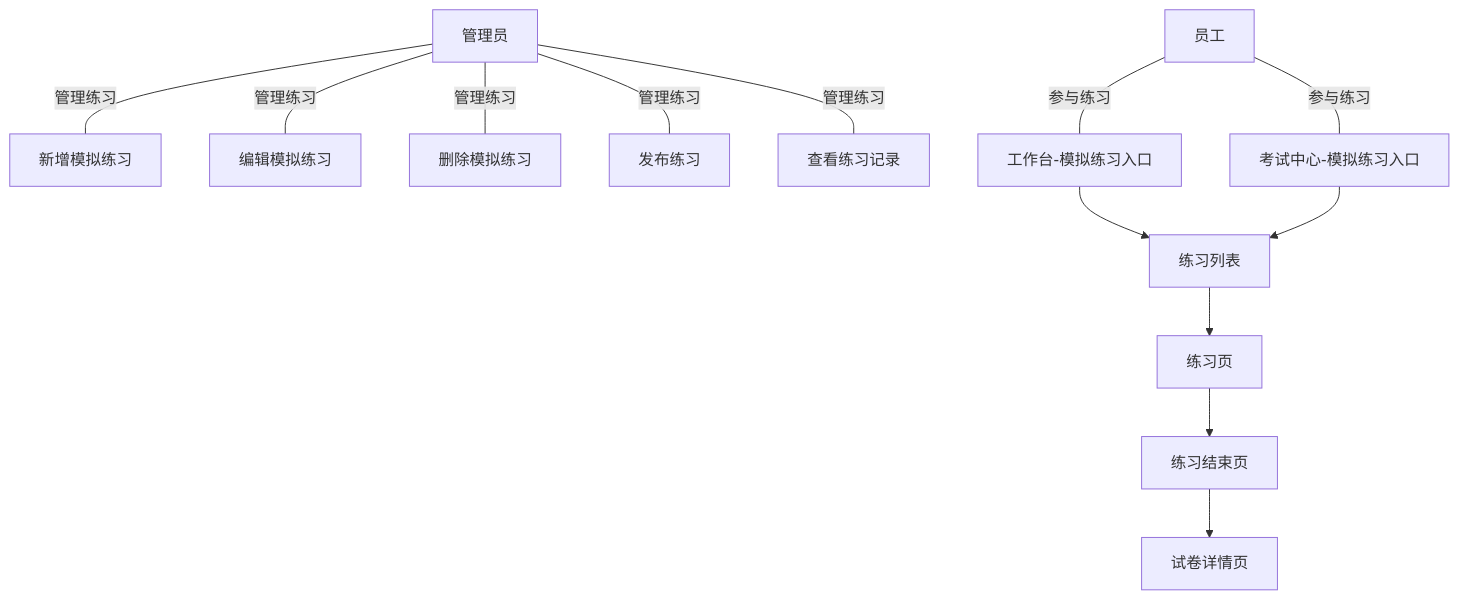
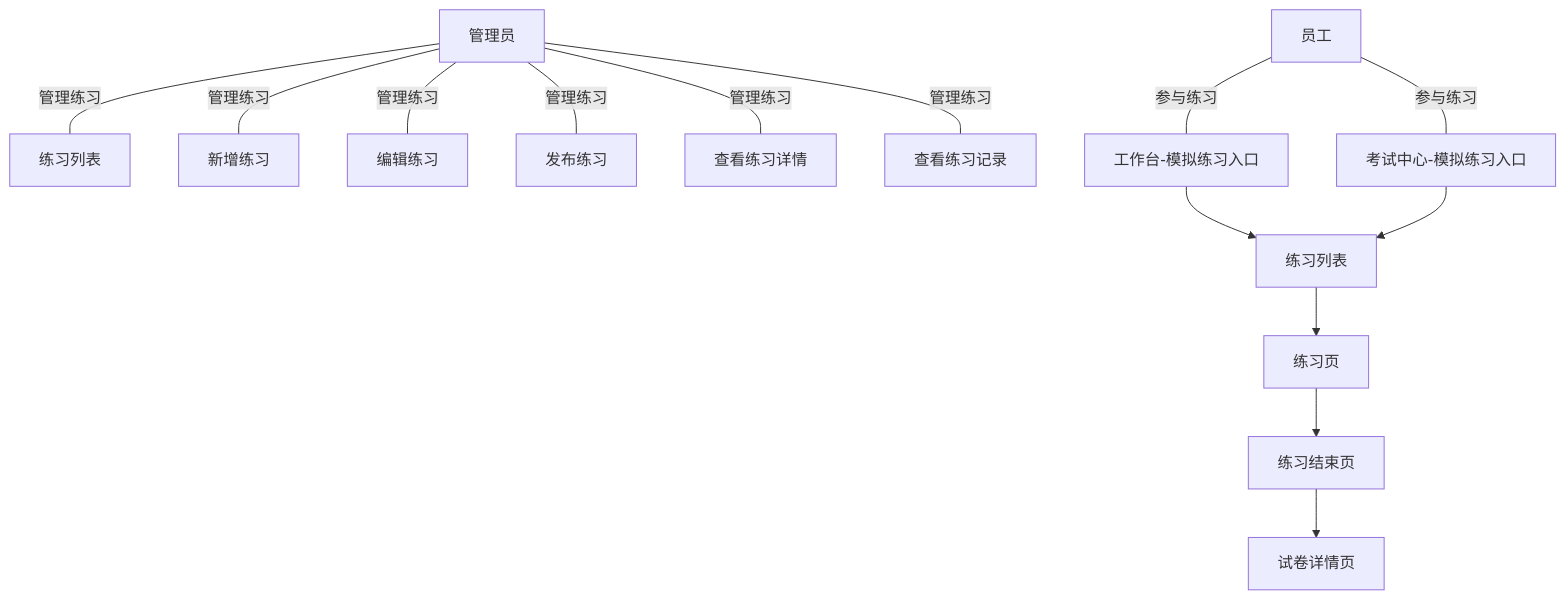
One commit to parispang666-ops/practice changed the third of 6 diagrams in PRD/练习功能整体PRD.md. Above: the diagram before and after it, drawn with Mermaid. The commit also changed other lines of this file and 10 other files, not shown here.

````diff
--- a/PRD/练习功能整体PRD.md
+++ b/PRD/练习功能整体PRD.md
@@ -100,16 +103,17 @@
 ```mermaid
 flowchart TD
-    ADMIN_USER[管理员] ---|管理练习| A1[新增模拟练习]
-    ADMIN_USER ---|管理练习| A2[编辑模拟练习]
-    ADMIN_USER ---|管理练习| A3[删除模拟练习]
+    ADMIN_USER[管理员] ---|管理练习| A1[练习列表]
+    ADMIN_USER ---|管理练习| A2[新增练习]
+    ADMIN_USER ---|管理练习| A3[编辑练习]
     ADMIN_USER ---|管理练习| A4[发布练习]
-    ADMIN_USER ---|管理练习| A5[查看练习记录]
+    ADMIN_USER ---|管理练习| A5[查看练习详情]
+    ADMIN_USER ---|管理练习| A6[查看练习记录]
 
     USER[员工] ---|参与练习| B1[工作台-模拟练习入口]
     USER ---|参与练习| B2[考试中心-模拟练习入口]
     B1 --> B3[练习列表]
     B2 --> B3
     B3 --> B4[练习页]
     B4 --> B5[练习结束页]
     B5 --> B6[试卷详情页]
 ```
````
